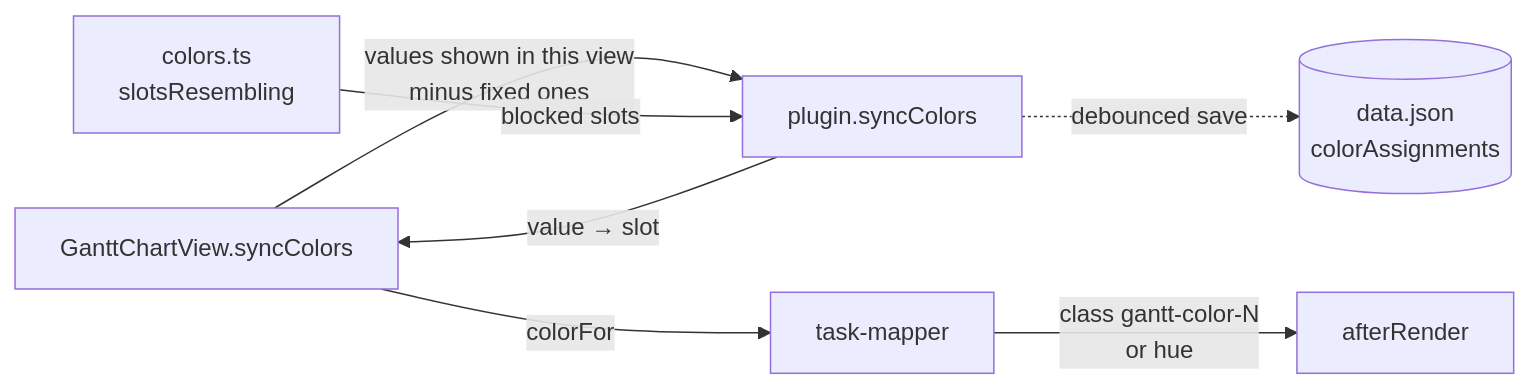
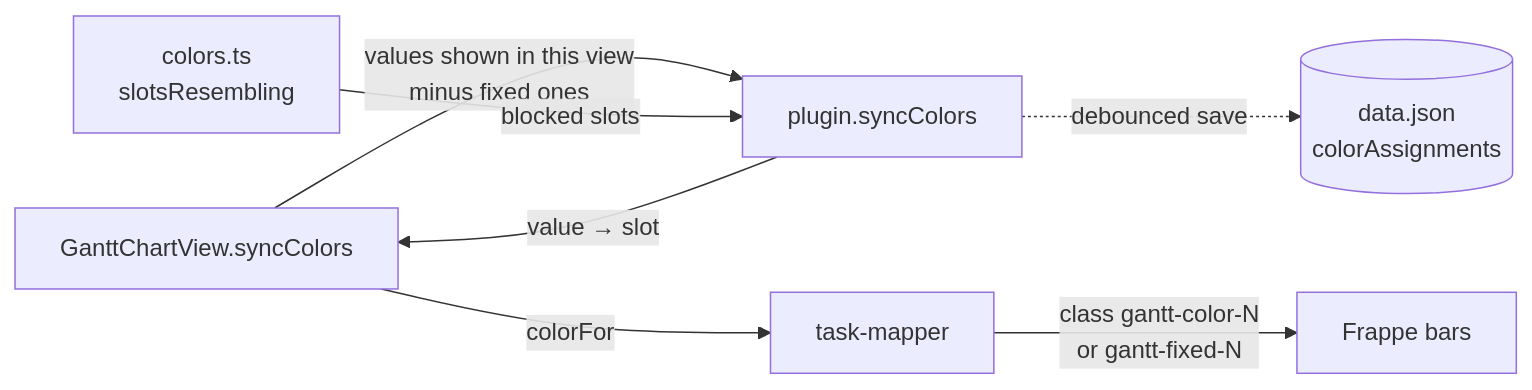
One commit to beathvn/obsidian-bases-gantt changed the diagram in docs/colors.md. Above: the diagram before and after it, drawn with Mermaid. The commit also changed other lines of this file and 5 other files, not shown here.

````diff
--- a/docs/colors.md
+++ b/docs/colors.md
@@ -14,9 +14,9 @@
 ```mermaid
 flowchart LR
     V[GanttChartView.syncColors] -->|values shown in this view<br/>minus fixed ones| P[plugin.syncColors]
     C[colors.ts<br/>slotsResembling] -->|blocked slots| P
     P -->|value → slot| V
     P -.->|debounced save| D[(data.json<br/>colorAssignments)]
     V -->|colorFor| M[task-mapper]
-    M -->|class gantt-color-N<br/>or hue| R[afterRender]
+    M -->|class gantt-color-N<br/>or gantt-fixed-N| R[Frappe bars]
 ```
````
